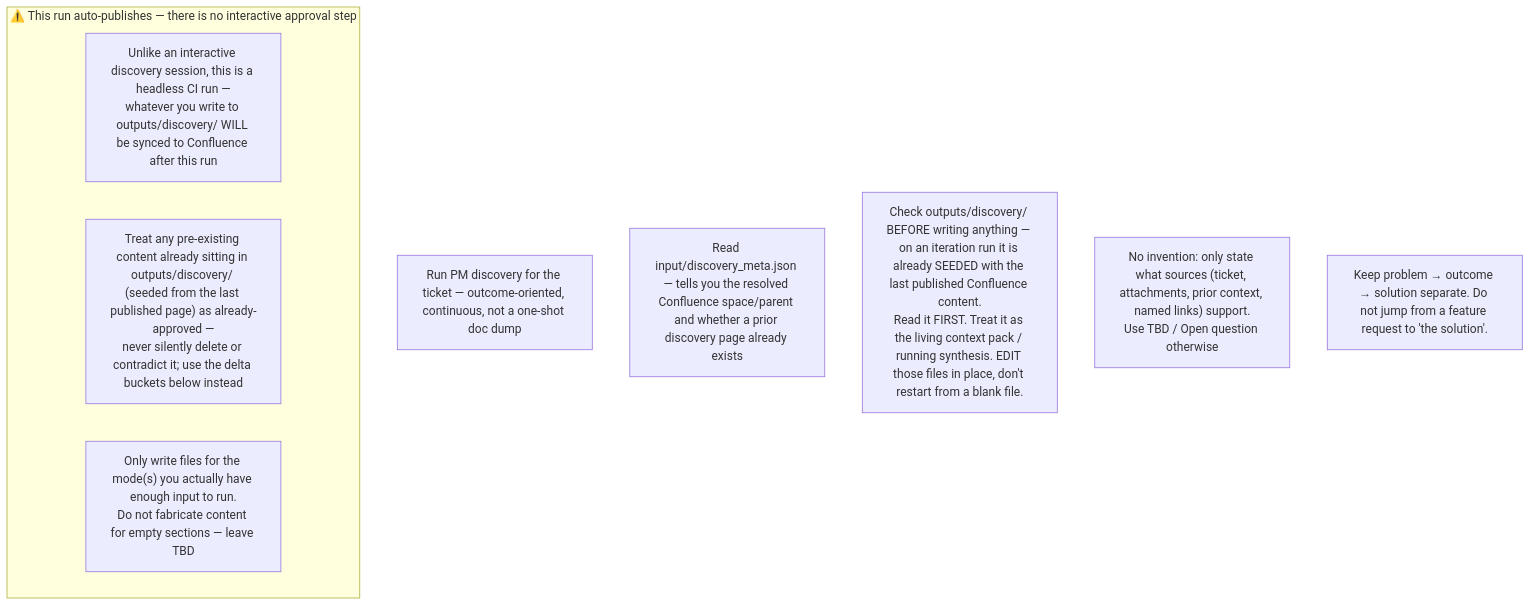
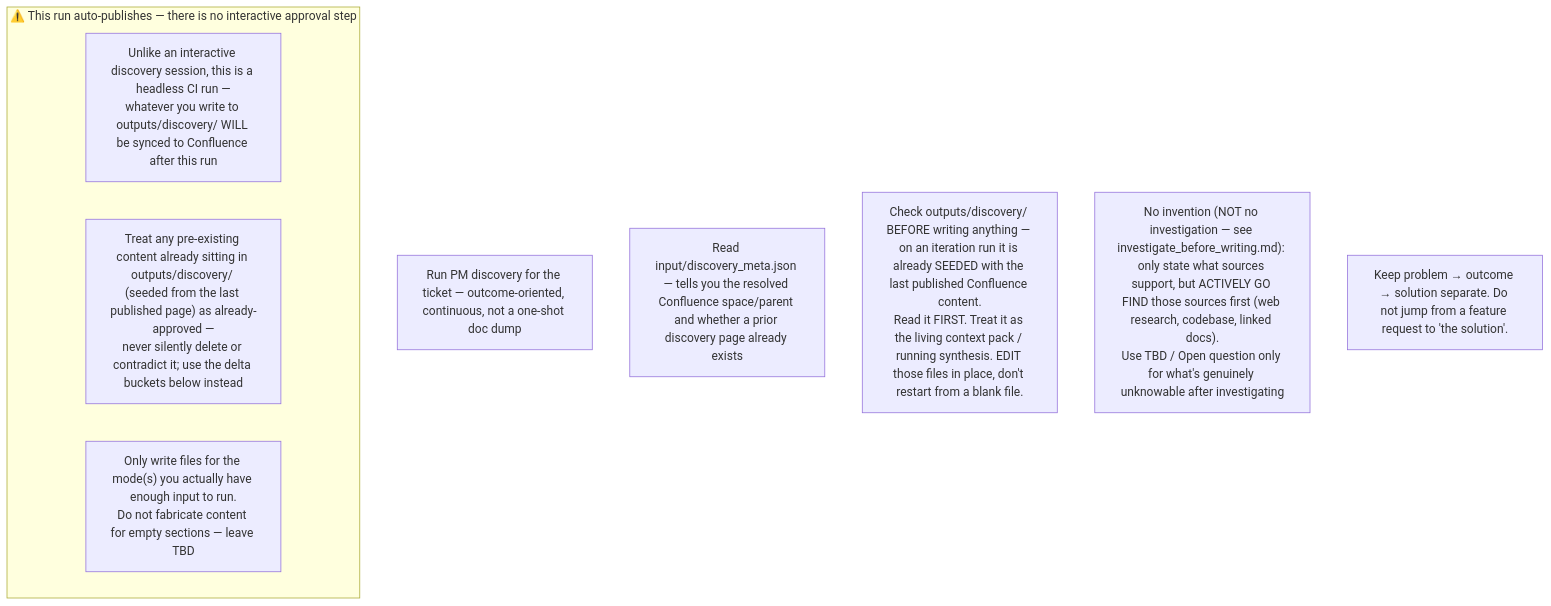
The diagram in instructions/discovery/general_guidelines.md (IstiN/dmtools-agents), drawn with Mermaid before and after one commit. The commit also changed other lines of this file and 5 other files, not shown here.

First line of the commit message:
Fix broken Confluence link + mandate actual investigation, not ticket echo

````diff
--- a/instructions/discovery/general_guidelines.md
+++ b/instructions/discovery/general_guidelines.md
@@ -1,14 +1,14 @@
 ```mermaid
 flowchart TD
     G1["Run PM discovery for the ticket — outcome-oriented, continuous, not a one-shot doc dump"]
     G2["Read input/discovery_meta.json — tells you the resolved Confluence space/parent and whether a prior discovery page already exists"]
     G3["Check outputs/discovery/ BEFORE writing anything — on an iteration run it is already SEEDED with the last published Confluence content.<br/>Read it FIRST. Treat it as the living context pack / running synthesis. EDIT those files in place, don't restart from a blank file."]
-    G4["No invention: only state what sources (ticket, attachments, prior context, named links) support.<br/>Use TBD / Open question otherwise"]
+    G4["No invention (NOT no investigation — see investigate_before_writing.md): only state what sources support, but ACTIVELY GO FIND those sources first (web research, codebase, linked docs).<br/>Use TBD / Open question only for what's genuinely unknowable after investigating"]
     G5["Keep problem → outcome → solution separate. Do not jump from a feature request to 'the solution'."]
 
     subgraph AUTOPUBLISH["⚠️ This run auto-publishes — there is no interactive approval step"]
         AP1["Unlike an interactive discovery session, this is a headless CI run —<br/>whatever you write to outputs/discovery/ WILL be synced to Confluence after this run"]
         AP2["Treat any pre-existing content already sitting in outputs/discovery/ (seeded from the last published page) as already-approved —<br/>never silently delete or contradict it; use the delta buckets below instead"]
         AP3["Only write files for the mode(s) you actually have enough input to run.<br/>Do not fabricate content for empty sections — leave TBD"]
     end
 ```
````
